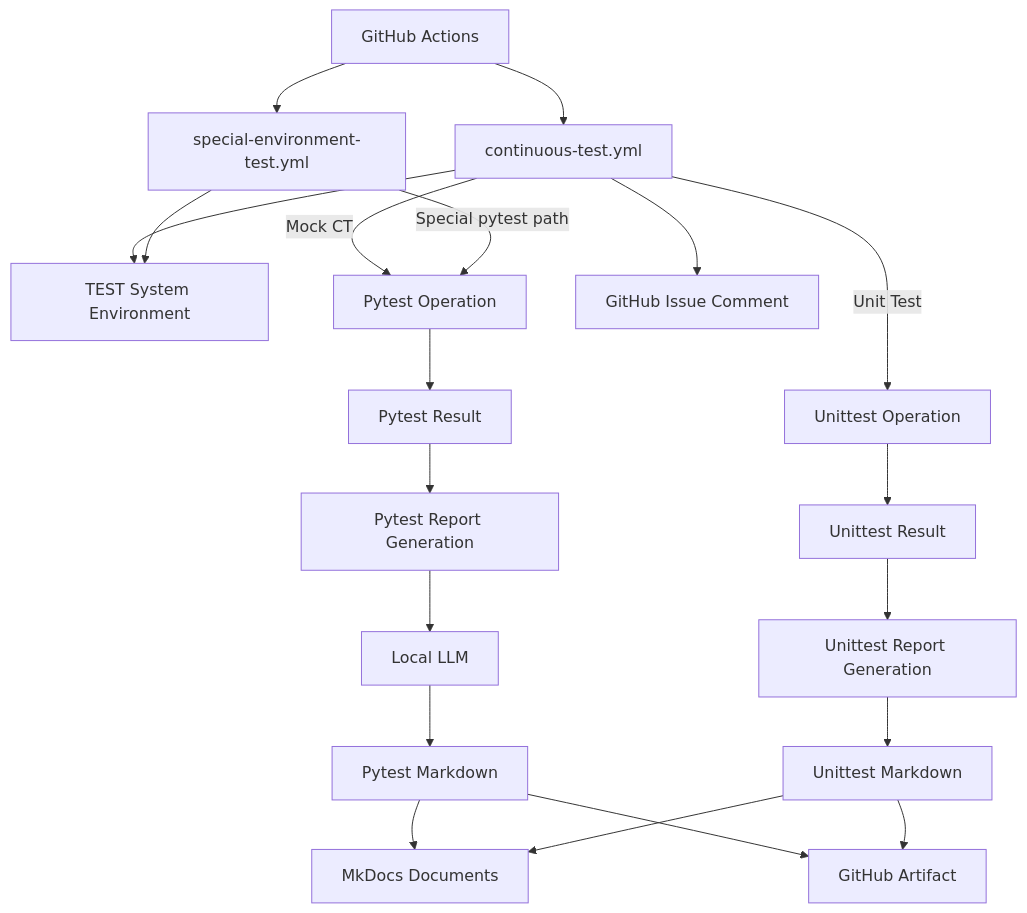
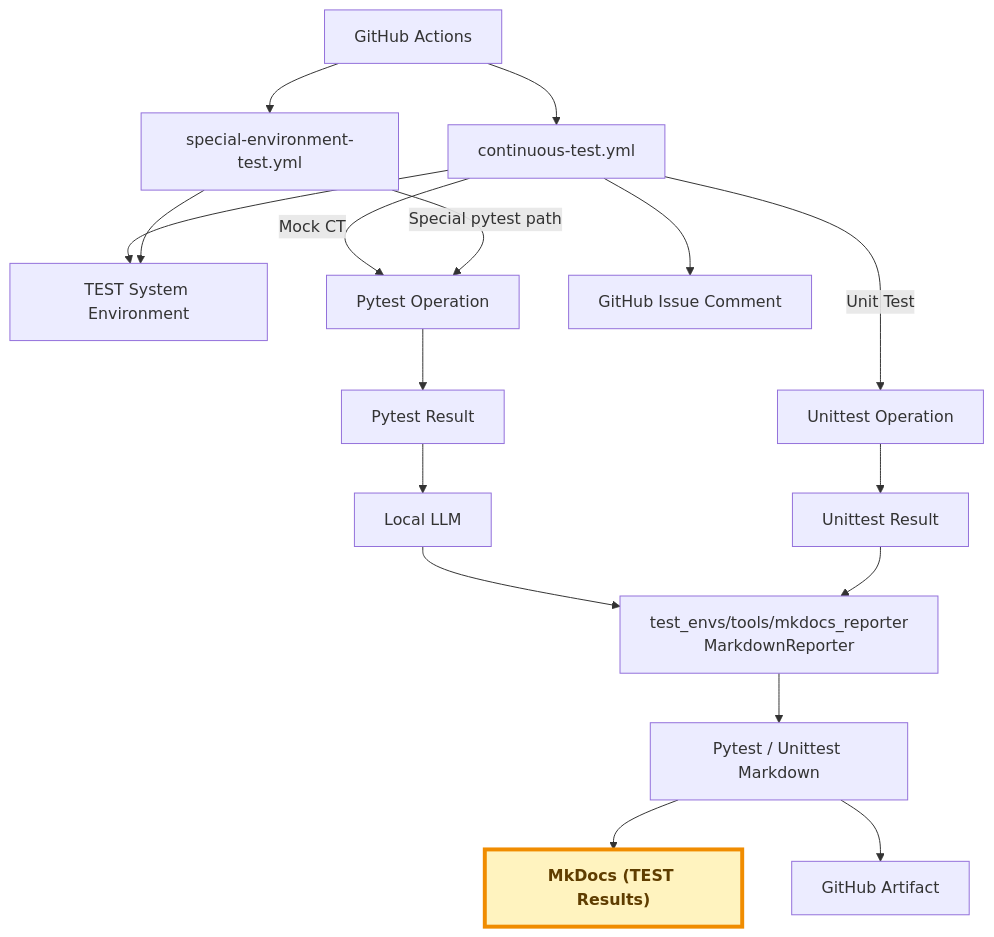
Before and after one commit to JeonghunLee/AI-driven-CI-CT: the second of 2 diagrams in docs/index.md, drawn with Mermaid. The commit also changed other lines of this file, not shown here.

Commit message:
docs: Update flowchart and reporting structure in index.md for clarity and improved documentation

````diff
--- a/docs/index.md
+++ b/docs/index.md
@@ -115,37 +121,37 @@
 ```mermaid
 flowchart TD
     GITHUB[GitHub Actions]
     CONTINUOUS[continuous-test.yml]
     SPECIAL[special-environment-test.yml]
     ENV[TEST System Environment]
     PYTEST[Pytest Operation]
     UNITTEST[Unittest Operation]
     PYTEST_RESULT[Pytest Result]
     UNITTEST_RESULT[Unittest Result]
-    PYTEST_REPORT[Pytest Report Generation]
-    UNITTEST_REPORT[Unittest Report Generation]
     LLM[Local LLM]
-    PYTEST_MD[Pytest Markdown]
-    UNITTEST_MD[Unittest Markdown]
-    MKDOCS[MkDocs Documents]
+    REPORTER["test_envs/tools/mkdocs_reporter<br/>MarkdownReporter"]
+    MARKDOWN["Pytest / Unittest Markdown"]
+    MKDOCS["MkDocs (TEST Results)"]
     ISSUE[GitHub Issue Comment]
     ARTIFACT[GitHub Artifact]
 
     GITHUB --> CONTINUOUS
     GITHUB --> SPECIAL
     CONTINUOUS --> ENV
     SPECIAL --> ENV
 
     CONTINUOUS -->|Mock CT| PYTEST
     CONTINUOUS -->|Unit Test| UNITTEST
     SPECIAL -->|Special pytest path| PYTEST
 
-    PYTEST --> PYTEST_RESULT --> PYTEST_REPORT --> LLM --> PYTEST_MD
-    UNITTEST --> UNITTEST_RESULT --> UNITTEST_REPORT --> UNITTEST_MD
+    PYTEST --> PYTEST_RESULT --> LLM --> REPORTER
+    UNITTEST --> UNITTEST_RESULT --> REPORTER
 
-    PYTEST_MD --> MKDOCS
-    UNITTEST_MD --> MKDOCS
+    REPORTER --> MARKDOWN
+    MARKDOWN --> MKDOCS
     CONTINUOUS --> ISSUE
-    PYTEST_MD --> ARTIFACT
-    UNITTEST_MD --> ARTIFACT
+    MARKDOWN --> ARTIFACT
+
+    classDef testResults fill:#fff3bf,stroke:#f08c00,stroke-width:4px,color:#5f3d00,font-weight:bold
+    class MKDOCS testResults
 ```
````
